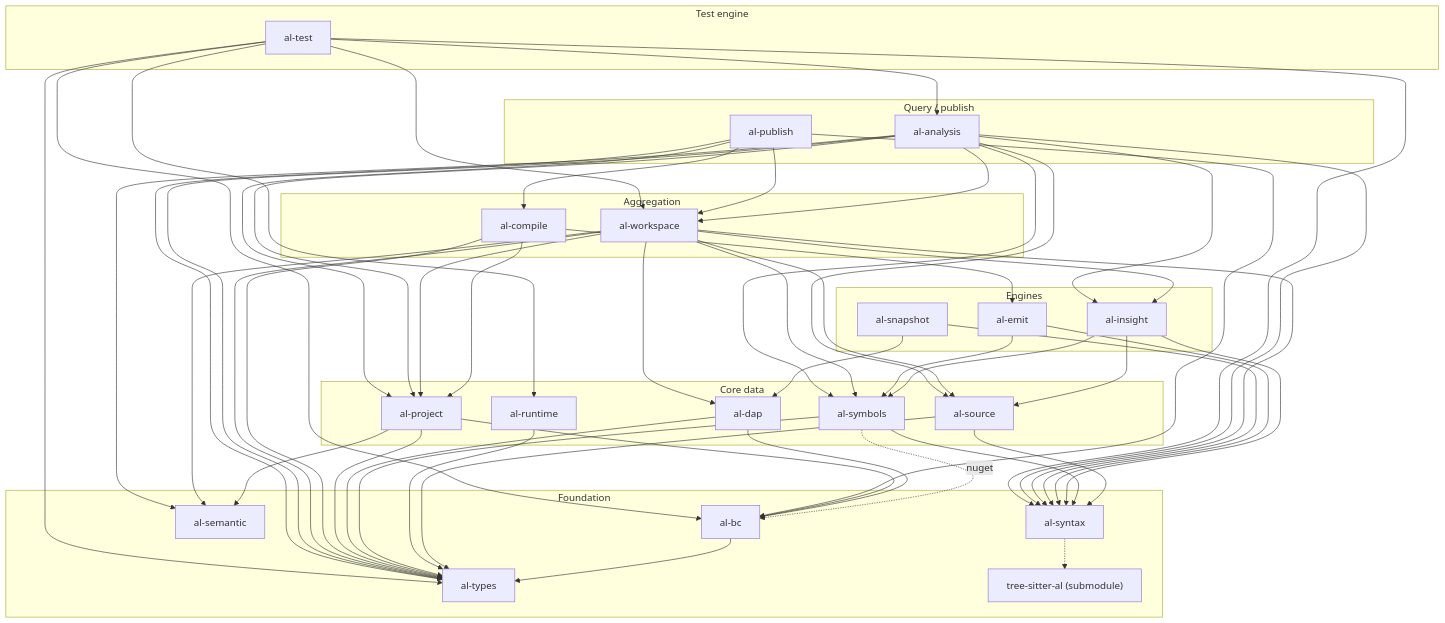
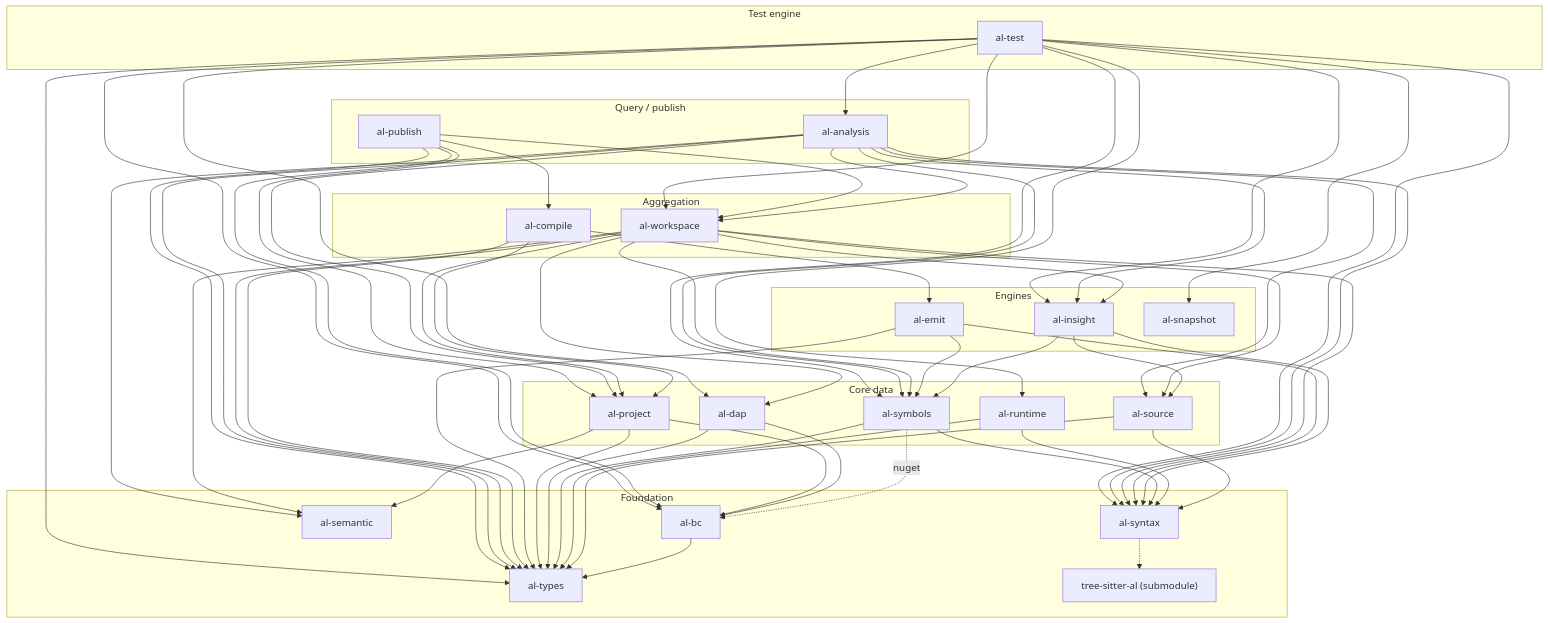
Before and after one commit to Brad-Fullwood/al.language.zed: the first of 3 diagrams in Docs/architecture.md, drawn with Mermaid. The commit also changed other lines of this file and 25 other files, not shown here.

First line of the commit message:
docs(arch): pin the crate diagram to the manifests and drop al-core residue

````diff
--- a/Docs/architecture.md
+++ b/Docs/architecture.md
@@ -58,6 +58,7 @@
   al_source --> al_syntax
   al_source --> al_types
   al_runtime --> al_types
+  al_runtime --> al_syntax
   al_symbols --> al_types
   al_symbols --> al_syntax
   al_symbols -.->|nuget| al_bc
@@ -70,10 +71,9 @@
   al_insight --> al_symbols
   al_insight --> al_source
   al_insight --> al_syntax
+  al_emit --> al_types
   al_emit --> al_symbols
   al_emit --> al_syntax
-  al_snapshot --> al_dap
-  al_snapshot --> al_syntax
 
   al_compile --> al_types
   al_compile --> al_project
@@ -104,7 +104,11 @@
   al_test --> al_types
   al_test --> al_syntax
   al_test --> al_bc
+  al_test --> al_dap
+  al_test --> al_snapshot
   al_test --> al_runtime
   al_test --> al_workspace
   al_test --> al_analysis
+  al_test --> al_insight
+  al_test --> al_symbols
 ```
````
